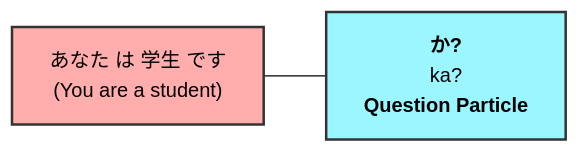
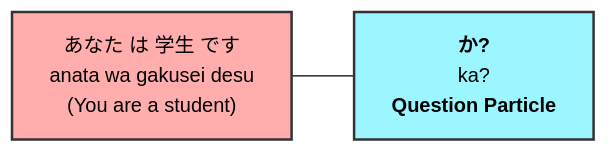
Before and after one commit to shainsethi/n5: the seventh of 12 diagrams in grammar/grammar.md, drawn with Mermaid (forest theme). The commit also changed other lines of this file and 1 other file, not shown here.

Commit message:
feat: add N5 grammar reference and practice solution files with Mermaid diagrams

````diff
--- a/grammar/grammar.md
+++ b/grammar/grammar.md
@@ -152,6 +152,6 @@
 ```mermaid
 graph LR
-    Aff["あなた は 学生 です<br/>(You are a student)"] --- Q["<b>か?</b><br/>ka?<br/><b>Question Particle</b>"]
+    Aff["あなた は 学生 です<br/>anata wa gakusei desu<br/>(You are a student)"] --- Q["<b>か?</b><br/>ka?<br/><b>Question Particle</b>"]
     style Aff fill:#ffadad,stroke:#333,stroke-width:2px,color:#000
     style Q fill:#9bf6ff,stroke:#333,stroke-width:2px,color:#000
 ```
````
